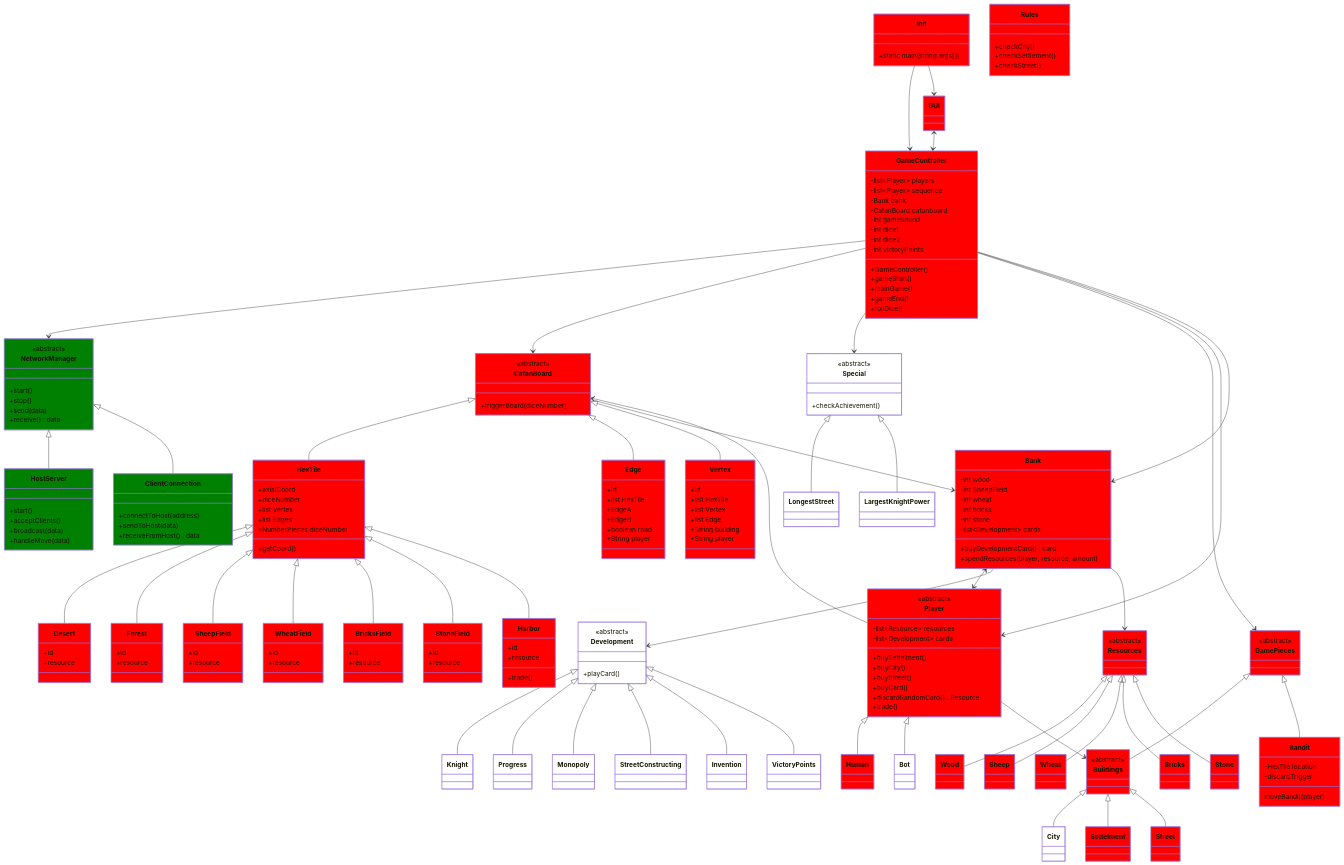
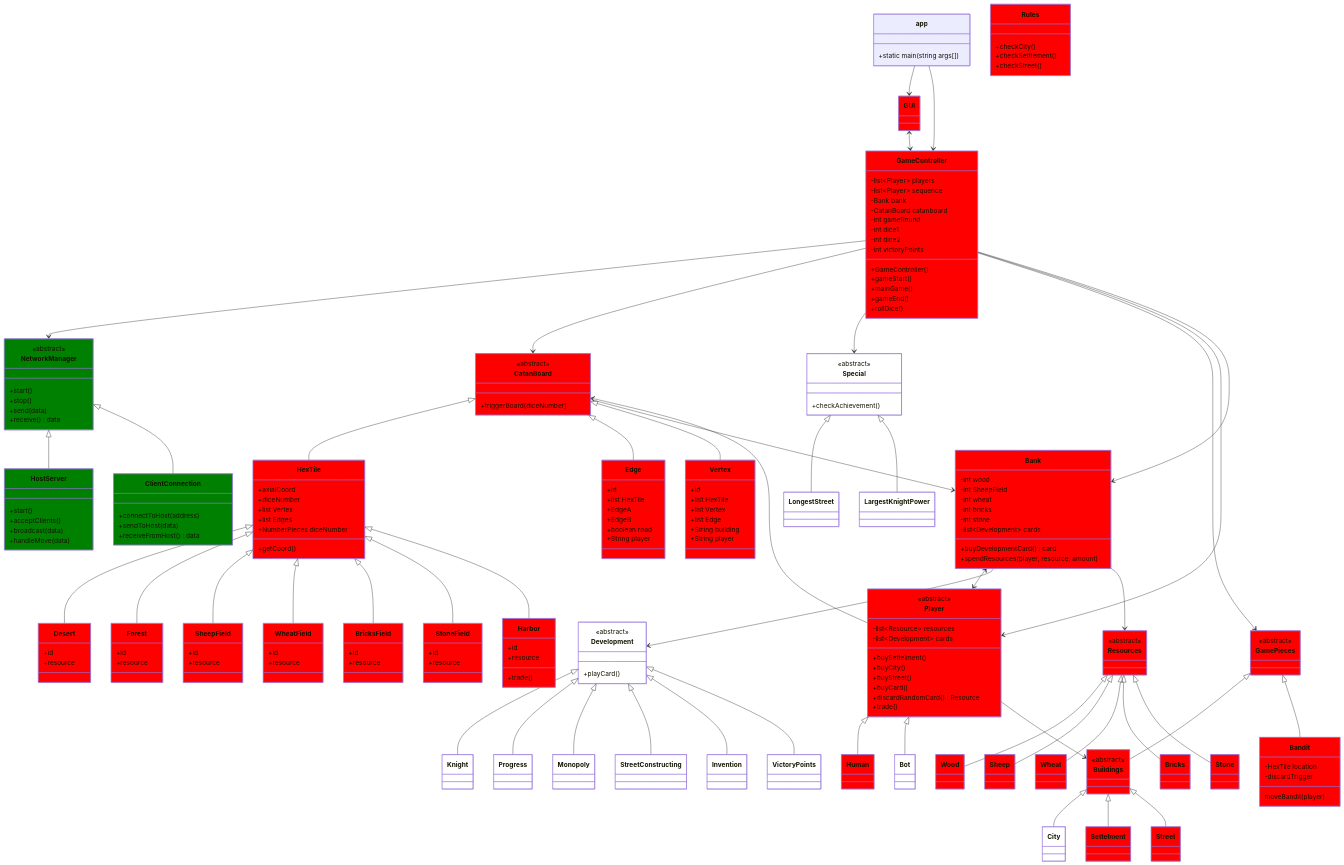
One commit to Wes1101/ExceptionFromCatan changed the diagram in docs/ProjectStructure/classChart.md. Above: the diagram before and after it, drawn with Mermaid. The commit also changed other lines of this file, not shown here.

Commit message:
Updating class chart

````diff
--- a/docs/ProjectStructure/classChart.md
+++ b/docs/ProjectStructure/classChart.md
@@ -1,9 +1,10 @@
 ```mermaid
+
 classDiagram
 
 %% === Benutzer & Rollen ===
 
-    class Init {
+    class app {
         +static main(string args[])
     }
 
@@ -252,10 +253,6 @@
         +receiveFromHost() data
     }
 
-    GameController --> NetworkManager
-    NetworkManager <|-- HostServer
-    NetworkManager <|-- ClientConnection
-
 
 %% Relationshis
 
@@ -299,9 +296,14 @@
     Development <|-- VictoryPoints
 
 %% Association
-    Init --> GameController
-    Init --> GUI
+    app --> GUI
+    app --> GameController
 
+    GameController --> NetworkManager
+    NetworkManager <|-- HostServer
+    NetworkManager <|-- ClientConnection
+
+    
     GUI <--> GameController
 
     GameController --> CatanBoard
````
